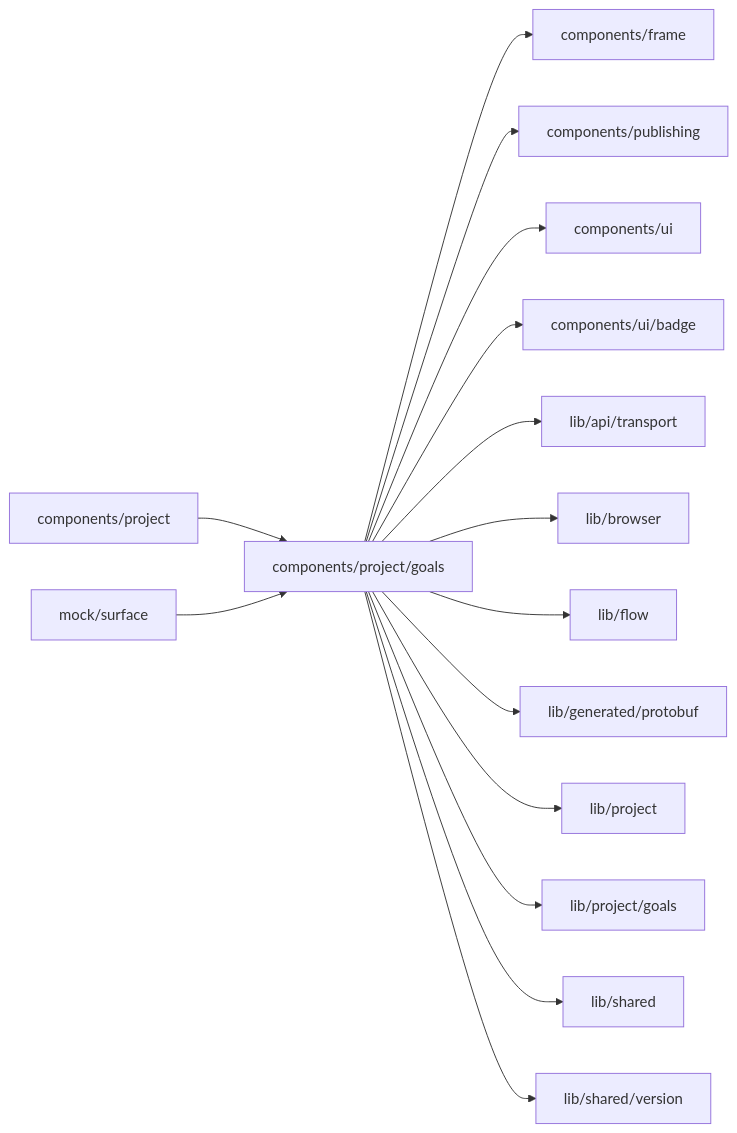
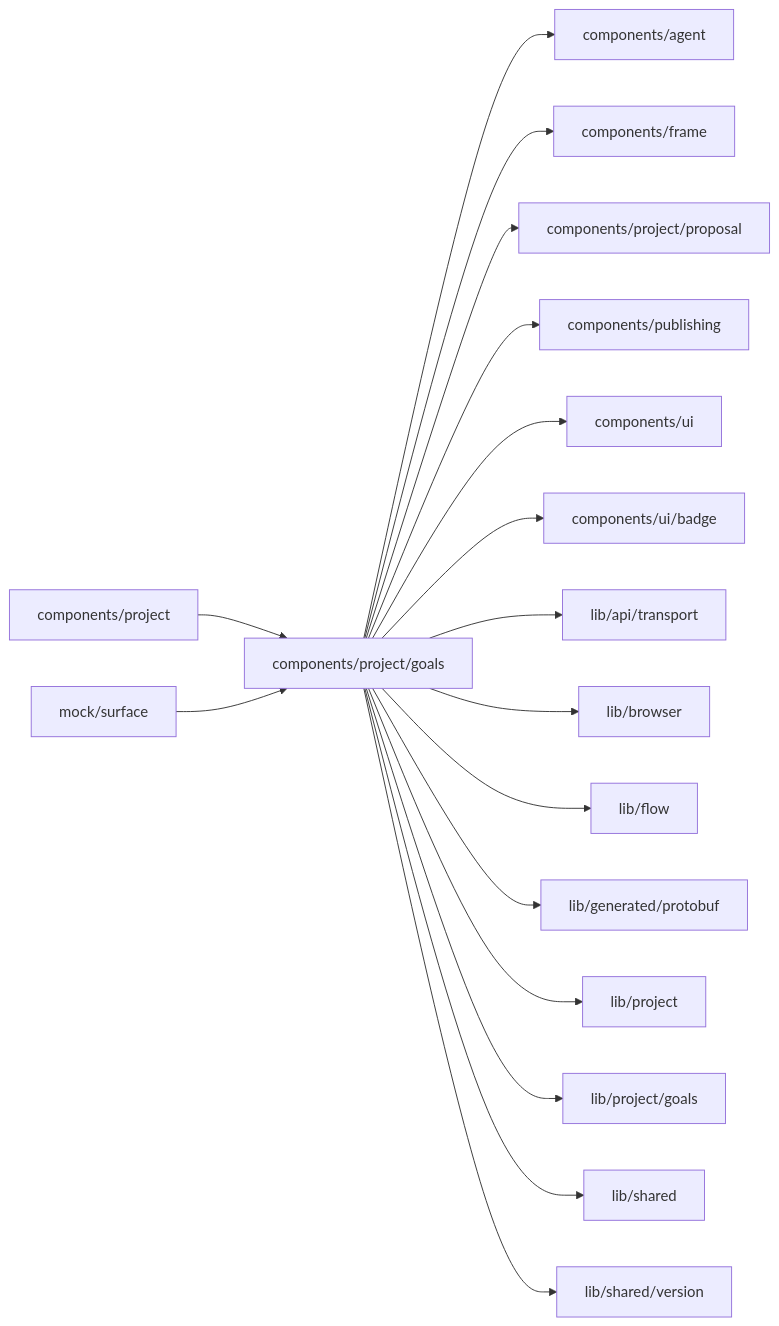
The diagram in web/studio/components/project/goals/README.md (superdurable/superverse), drawn with Mermaid before and after one commit. The commit also changed other lines of this file and 226 other files, not shown here.

````diff
--- a/web/studio/components/project/goals/README.md
+++ b/web/studio/components/project/goals/README.md
@@ -10,18 +10,20 @@
 ```mermaid
 flowchart LR
   self["components/project/goals"]
   c0["components/project"] --> self
   c1["mock/surface"] --> self
-  self --> d0["components/frame"]
-  self --> d1["components/publishing"]
-  self --> d2["components/ui"]
-  self --> d3["components/ui/badge"]
-  self --> d4["lib/api/transport"]
-  self --> d5["lib/browser"]
-  self --> d6["lib/flow"]
-  self --> d7["lib/generated/protobuf"]
-  self --> d8["lib/project"]
-  self --> d9["lib/project/goals"]
-  self --> d10["lib/shared"]
-  self --> d11["lib/shared/version"]
+  self --> d0["components/agent"]
+  self --> d1["components/frame"]
+  self --> d2["components/project/proposal"]
+  self --> d3["components/publishing"]
+  self --> d4["components/ui"]
+  self --> d5["components/ui/badge"]
+  self --> d6["lib/api/transport"]
+  self --> d7["lib/browser"]
+  self --> d8["lib/flow"]
+  self --> d9["lib/generated/protobuf"]
+  self --> d10["lib/project"]
+  self --> d11["lib/project/goals"]
+  self --> d12["lib/shared"]
+  self --> d13["lib/shared/version"]
 ```
````
